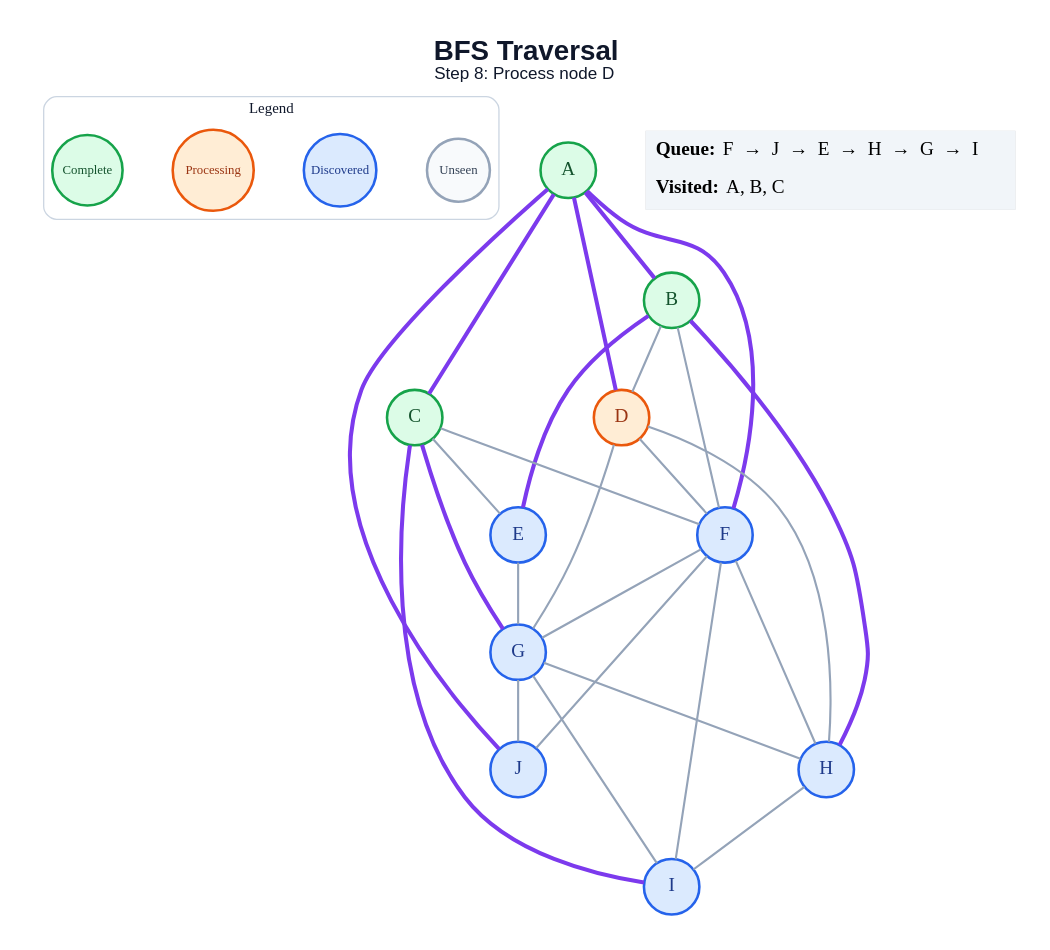
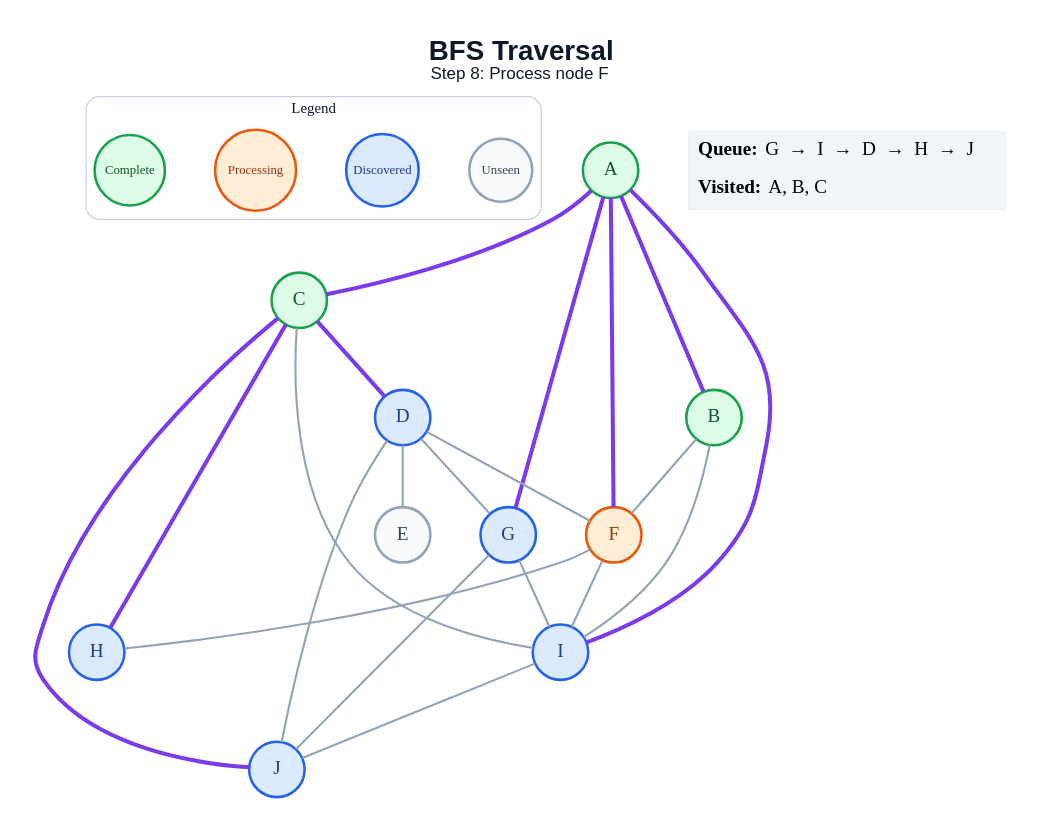
One commit to amanghodawala9/ai-slop changed the diagram in generated/bfs/step_08.dot. Above: the diagram before and after it, drawn with Graphviz. The commit also changed 178 other files, not shown here.

```diff
--- a/generated/bfs/step_08.dot
+++ b/generated/bfs/step_08.dot
@@ -1,54 +1,49 @@
 graph traversal {
   graph [layout=dot, rankdir=TB, bgcolor="#FFFFFF", pad="0.35", nodesep="0.65", ranksep="0.8", fontname="Arial"];
   node [shape=circle, style="filled", fontname="Arial Bold", fontsize=18, width=0.72, fixedsize=true, penwidth=2.4];
   edge [color="#94A3B8", penwidth=2.0];
-  label=<<B>BFS Traversal</B><BR/><FONT POINT-SIZE="16">Step 8: Process node D</FONT>>; labelloc="t"; fontsize=26; fontname="Arial"; fontcolor="#0F172A";
+  label=<<B>BFS Traversal</B><BR/><FONT POINT-SIZE="16">Step 8: Process node F</FONT>>; labelloc="t"; fontsize=26; fontname="Arial"; fontcolor="#0F172A";
   subgraph cluster_legend { label="Legend"; color="#CBD5E1"; penwidth=1.2; style="rounded"; fontsize=14; fontname="Arial Bold";
     key_unseen [label="Unseen", fillcolor="#F8FAFC", color="#94A3B8", fontcolor="#334155", fontsize=12, width=0.82];
     key_frontier [label="Discovered", fillcolor="#DBEAFE", color="#2563EB", fontcolor="#1E3A8A", fontsize=12, width=0.95];
     key_current [label="Processing", fillcolor="#FFEDD5", color="#EA580C", fontcolor="#9A3412", fontsize=12, width=1.05];
     key_done [label="Complete", fillcolor="#DCFCE7", color="#16A34A", fontcolor="#14532D", fontsize=12, width=0.92];
     { rank=same; key_unseen; key_frontier; key_current; key_done; }
   }
   A [fillcolor="#DCFCE7", color="#16A34A", fontcolor="#14532D"];
   B [fillcolor="#DCFCE7", color="#16A34A", fontcolor="#14532D"];
   C [fillcolor="#DCFCE7", color="#16A34A", fontcolor="#14532D"];
-  D [fillcolor="#FFEDD5", color="#EA580C", fontcolor="#9A3412"];
-  E [fillcolor="#DBEAFE", color="#2563EB", fontcolor="#1E3A8A"];
-  F [fillcolor="#DBEAFE", color="#2563EB", fontcolor="#1E3A8A"];
+  D [fillcolor="#DBEAFE", color="#2563EB", fontcolor="#1E3A8A"];
+  E [fillcolor="#F8FAFC", color="#94A3B8", fontcolor="#334155"];
+  F [fillcolor="#FFEDD5", color="#EA580C", fontcolor="#9A3412"];
   G [fillcolor="#DBEAFE", color="#2563EB", fontcolor="#1E3A8A"];
   H [fillcolor="#DBEAFE", color="#2563EB", fontcolor="#1E3A8A"];
   I [fillcolor="#DBEAFE", color="#2563EB", fontcolor="#1E3A8A"];
   J [fillcolor="#DBEAFE", color="#2563EB", fontcolor="#1E3A8A"];
   A -- B [color="#7C3AED", penwidth=3.8];
   A -- C [color="#7C3AED", penwidth=3.8];
-  A -- D [color="#7C3AED", penwidth=3.8];
   A -- F [color="#7C3AED", penwidth=3.8];
-  A -- J [color="#7C3AED", penwidth=3.8];
-  B -- D;
-  B -- E [color="#7C3AED", penwidth=3.8];
+  A -- G [color="#7C3AED", penwidth=3.8];
+  A -- I [color="#7C3AED", penwidth=3.8];
   B -- F;
-  B -- H [color="#7C3AED", penwidth=3.8];
-  C -- E;
-  C -- F;
-  C -- G [color="#7C3AED", penwidth=3.8];
-  C -- I [color="#7C3AED", penwidth=3.8];
+  B -- I;
+  C -- D [color="#7C3AED", penwidth=3.8];
+  C -- H [color="#7C3AED", penwidth=3.8];
+  C -- I;
+  C -- J [color="#7C3AED", penwidth=3.8];
+  D -- E;
   D -- F;
   D -- G;
-  D -- H;
-  E -- G;
-  F -- G;
+  D -- J;
   F -- H;
   F -- I;
-  F -- J;
-  G -- H;
   G -- I;
   G -- J;
-  H -- I;
+  I -- J;
   status [shape=plain, fixedsize=false, width=0, height=0, margin=0, label=<
     <TABLE BORDER="0" CELLBORDER="0" CELLPADDING="7" BGCOLOR="#F1F5F9">
-      <TR><TD ALIGN="LEFT"><B>Queue:</B> F  →  J  →  E  →  H  →  G  →  I</TD></TR>
+      <TR><TD ALIGN="LEFT"><B>Queue:</B> G  →  I  →  D  →  H  →  J</TD></TR>
       <TR><TD ALIGN="LEFT"><B>Visited:</B> A, B, C</TD></TR>
     </TABLE>
   >];
 }
```
